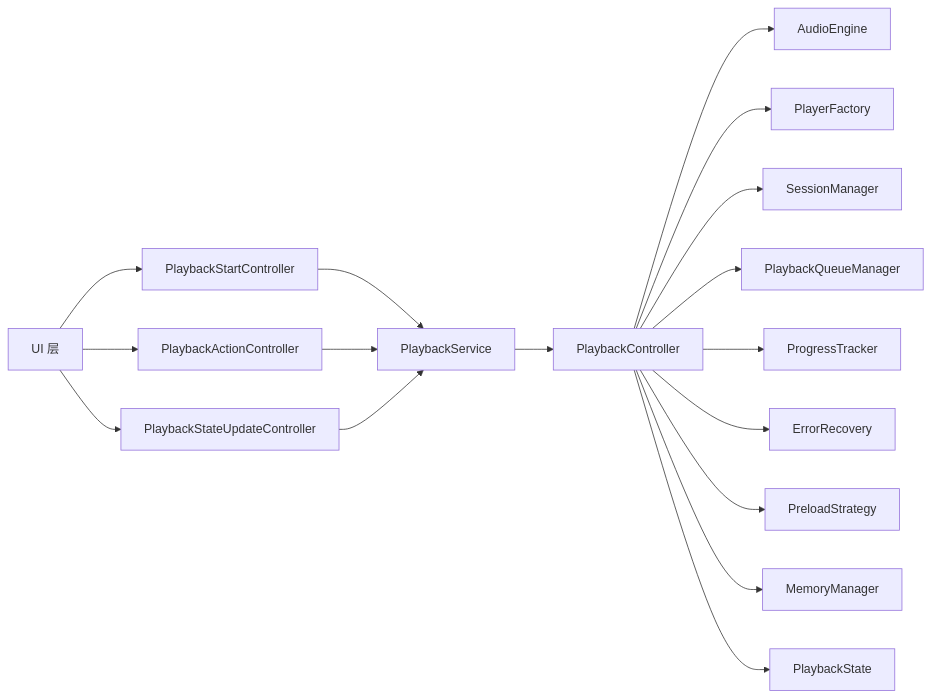
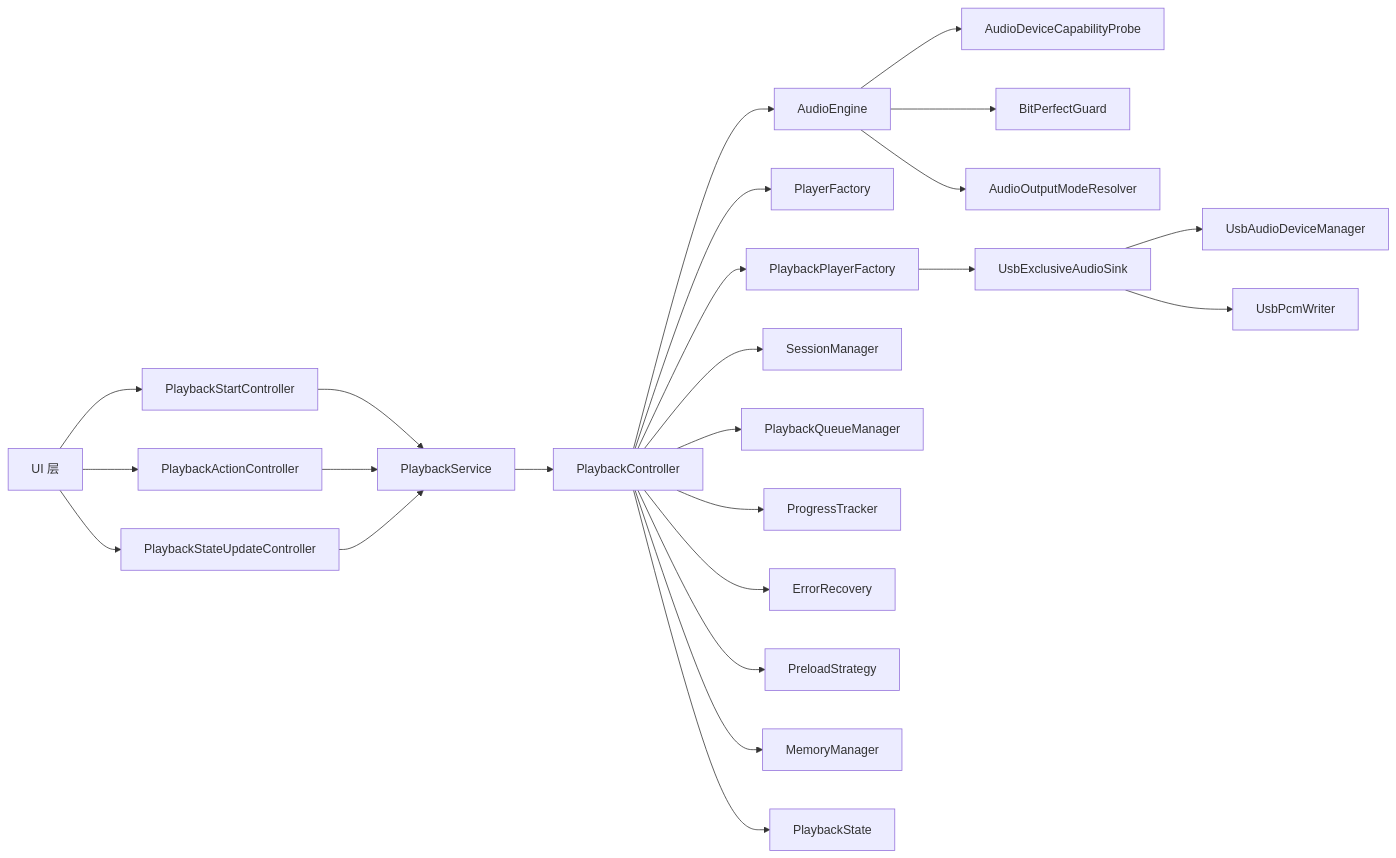
One commit to ysyhlly/Yukine-android changed diagram 14 of 14 in .qoder/repowiki/zh/content/架构设计/模块化设计/功能特性模块/播放核心模块 (feature_playback).md. Above: the diagram before and after it, drawn with Mermaid. The commit also changed other lines of this file and 254 other files, not shown here.

````diff
--- a/.qoder/repowiki/zh/content/架构设计/模块化设计/功能特性模块/播放核心模块 (feature_playback).md
+++ b/.qoder/repowiki/zh/content/架构设计/模块化设计/功能特性模块/播放核心模块 (feature_playback).md
@@ -508,19 +670,26 @@
 ```mermaid
 graph LR
 UI["UI 层"] --> StartC["PlaybackStartController"]
 UI --> ActC["PlaybackActionController"]
 UI --> StateC["PlaybackStateUpdateController"]
 StartC --> Svc["PlaybackService"]
 ActC --> Svc
 StateC --> Svc
 Svc --> Ctrl["PlaybackController"]
 Ctrl --> Eng["AudioEngine"]
 Ctrl --> PF["PlayerFactory"]
+Ctrl --> PPf["PlaybackPlayerFactory"]
 Ctrl --> SM["SessionManager"]
 Ctrl --> Q["PlaybackQueueManager"]
 Ctrl --> PT["ProgressTracker"]
 Ctrl --> ER["ErrorRecovery"]
 Ctrl --> PL["PreloadStrategy"]
 Ctrl --> MM["MemoryManager"]
 Ctrl --> PS["PlaybackState"]
+Eng --> ADC["AudioDeviceCapabilityProbe"]
+Eng --> BPG["BitPerfectGuard"]
+Eng --> AOMR["AudioOutputModeResolver"]
+PPf --> UES["UsbExclusiveAudioSink"]
+UES --> UADM["UsbAudioDeviceManager"]
+UES --> UPW["UsbPcmWriter"]
 ```
````
